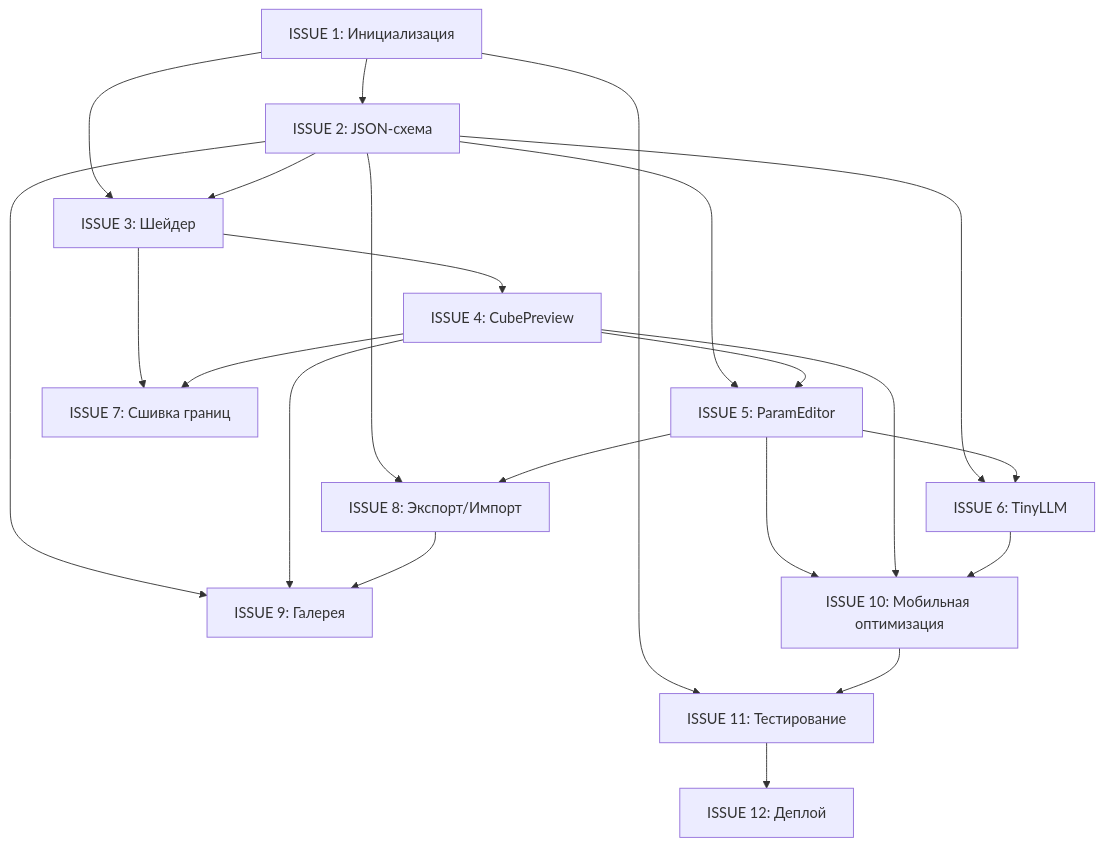
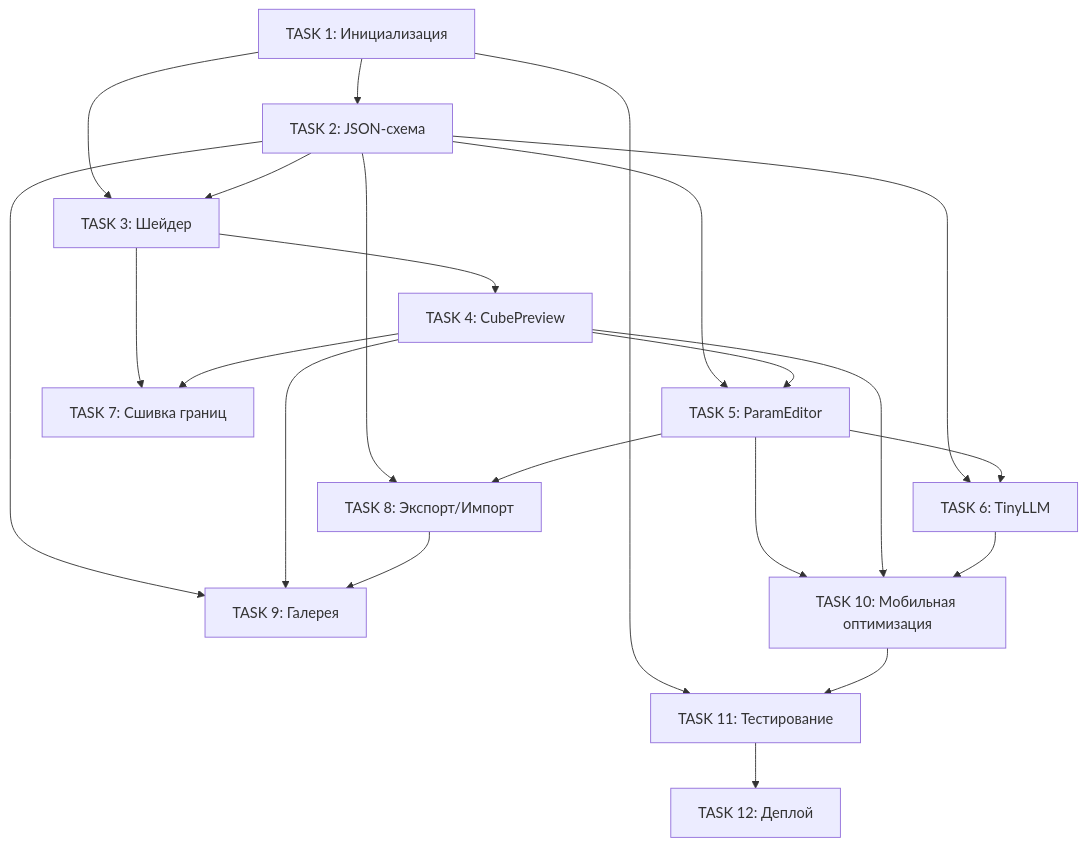
The diagram in docs/phases/phase-1-mvp.md (konard/netkeep80-isocubic), drawn with Mermaid before and after one commit. The commit also changed other lines of this file and 6 other files, not shown here.

First line of the commit message:
docs: replace ISSUE with TASK terminology throughout documentation

````diff
--- a/docs/phases/phase-1-mvp.md
+++ b/docs/phases/phase-1-mvp.md
@@ -301,24 +301,24 @@
 ```mermaid
 graph TD
-    I1[ISSUE 1: Инициализация] --> I2[ISSUE 2: JSON-схема]
-    I1 --> I3[ISSUE 3: Шейдер]
-    I2 --> I3
-    I3 --> I4[ISSUE 4: CubePreview]
-    I2 --> I5[ISSUE 5: ParamEditor]
-    I4 --> I5
-    I2 --> I6[ISSUE 6: TinyLLM]
-    I5 --> I6
-    I3 --> I7[ISSUE 7: Сшивка границ]
-    I4 --> I7
-    I2 --> I8[ISSUE 8: Экспорт/Импорт]
-    I5 --> I8
-    I2 --> I9[ISSUE 9: Галерея]
-    I4 --> I9
-    I8 --> I9
-    I5 --> I10[ISSUE 10: Мобильная оптимизация]
-    I4 --> I10
-    I6 --> I10
-    I1 --> I11[ISSUE 11: Тестирование]
-    I10 --> I11
-    I11 --> I12[ISSUE 12: Деплой]
+    T1[TASK 1: Инициализация] --> T2[TASK 2: JSON-схема]
+    T1 --> T3[TASK 3: Шейдер]
+    T2 --> T3
+    T3 --> T4[TASK 4: CubePreview]
+    T2 --> T5[TASK 5: ParamEditor]
+    T4 --> T5
+    T2 --> T6[TASK 6: TinyLLM]
+    T5 --> T6
+    T3 --> T7[TASK 7: Сшивка границ]
+    T4 --> T7
+    T2 --> T8[TASK 8: Экспорт/Импорт]
+    T5 --> T8
+    T2 --> T9[TASK 9: Галерея]
+    T4 --> T9
+    T8 --> T9
+    T5 --> T10[TASK 10: Мобильная оптимизация]
+    T4 --> T10
+    T6 --> T10
+    T1 --> T11[TASK 11: Тестирование]
+    T10 --> T11
+    T11 --> T12[TASK 12: Деплой]
 ```
````
